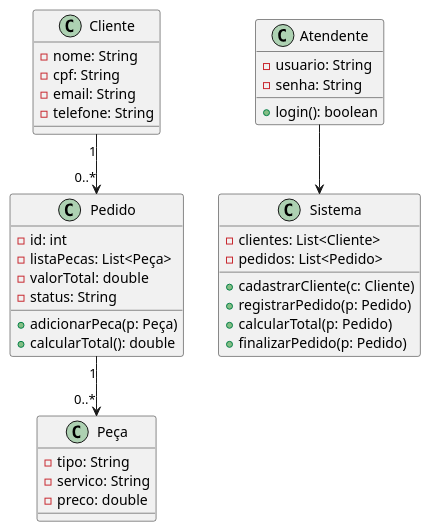
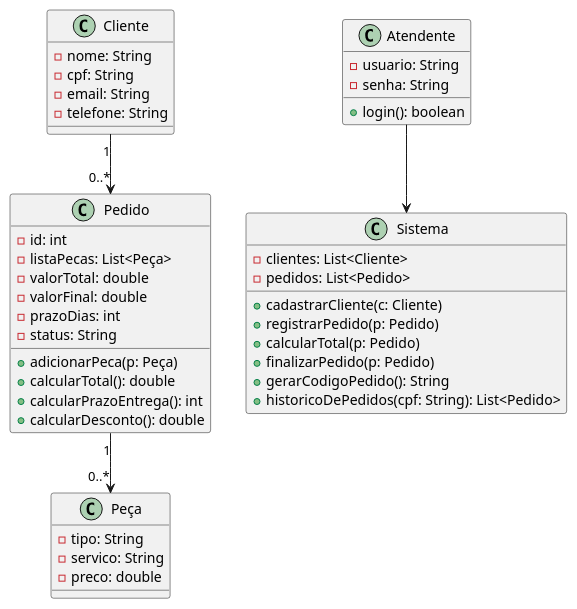
Before and after one commit to matheusydev/Trabalho-Final-APS: the diagram in UML/classes.puml, drawn with PlantUML.

Commit message:
:sparkles: feat: Atualizando código das Classes PlantUML

```diff
--- a/UML/classes.puml
+++ b/UML/classes.puml
@@ -1,44 +1,51 @@
 @startuml
-
 class Cliente {
     - nome: String
     - cpf: String
     - email: String
     - telefone: String
 }
 
 class Peça {
     - tipo: String
     - servico: String
     - preco: double
 }
 
 class Pedido {
     - id: int
     - listaPecas: List<Peça>
     - valorTotal: double
+    - valorFinal: double
+    - prazoDias: int
     - status: String
+    
     + adicionarPeca(p: Peça)
     + calcularTotal(): double
+    + calcularPrazoEntrega(): int      
+    + calcularDesconto(): double       
 }
 
 class Atendente {
     - usuario: String
     - senha: String
     + login(): boolean
 }
 
 class Sistema {
     - clientes: List<Cliente>
     - pedidos: List<Pedido>
+
     + cadastrarCliente(c: Cliente)
     + registrarPedido(p: Pedido)
     + calcularTotal(p: Pedido)
     + finalizarPedido(p: Pedido)
+    + gerarCodigoPedido(): String       
+    + historicoDePedidos(cpf: String): List<Pedido>   
 }
 
 Cliente "1" --> "0..*" Pedido
 Pedido "1" --> "0..*" Peça
 Atendente --> Sistema
 
 @enduml
```
